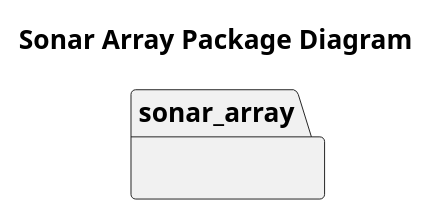
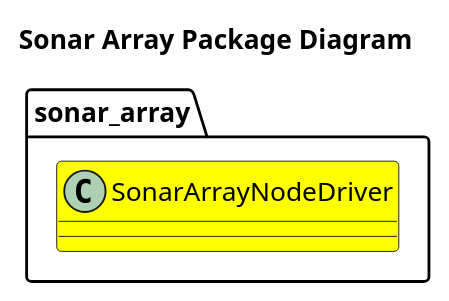
The diagram in doc/SonarArrayPackageDiagram.puml (fastrobotics/sonar_array), drawn with PlantUML before and after one commit. The commit also changed 20 other files, not shown here.

```diff
--- a/doc/SonarArrayPackageDiagram.puml
+++ b/doc/SonarArrayPackageDiagram.puml
@@ -1,8 +1,8 @@
 @startuml
 title Sonar Array Package Diagram
 
 package sonar_array {
-
+    class SonarArrayNodeDriver #Yellow
 }
 
 @enduml
```
